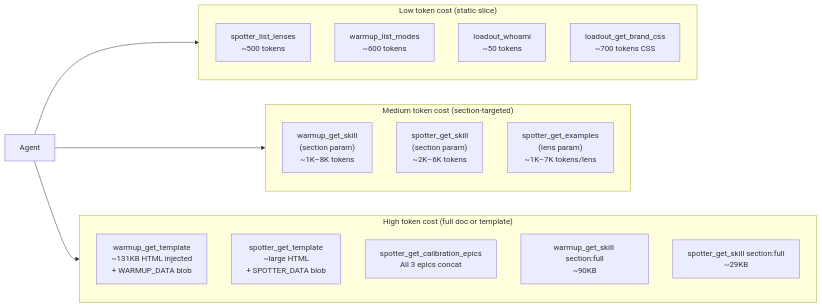
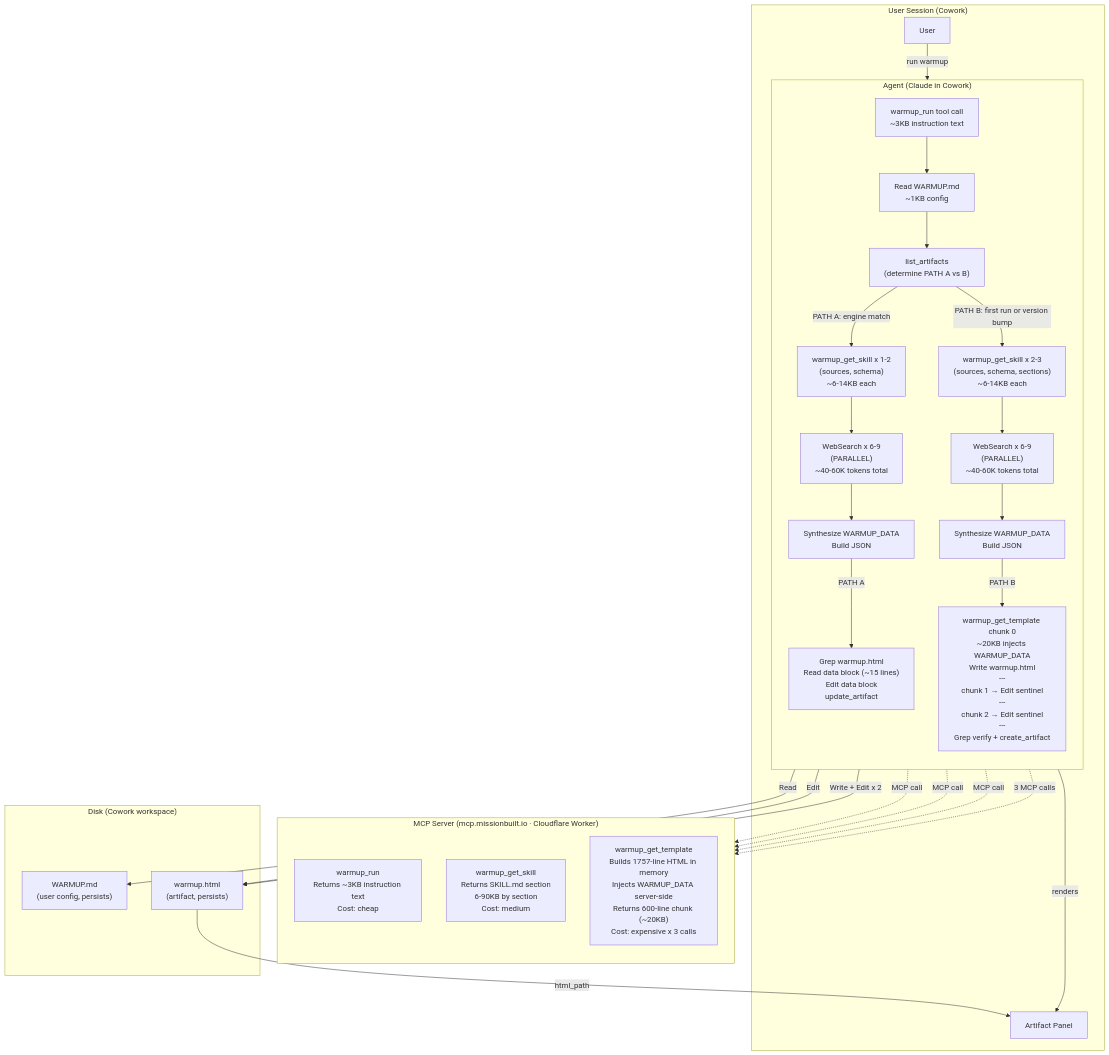
One commit to missionbuilt/loadout changed the diagram in ARCH.md. Above: the diagram before and after it, drawn with Mermaid. The commit also changed other lines of this file and 7 other files, not shown here.

Commit message:
warmup v0.7.2 — fix blank artifact, add error banner, inline schema, 2-chunk PATH B

````diff
--- a/ARCH.md
+++ b/ARCH.md
@@ -75,27 +6,44 @@
 ```mermaid
-flowchart LR
-    subgraph Cheap["Low token cost (static slice)"]
-        LS["spotter_list_lenses\n~500 tokens"]
-        LM["warmup_list_modes\n~600 tokens"]
-        WI["loadout_whoami\n~50 tokens"]
-        BC["loadout_get_brand_css\n~700 tokens CSS"]
+flowchart TD
+    subgraph User["User Session (Cowork)"]
+        U[User] -->|"run warmup"| Agent
+        Agent -->|renders| ArtifactPanel["Artifact Panel"]
     end
 
-    subgraph Medium["Medium token cost (section-targeted)"]
-        WGS["warmup_get_skill\n(section param)\n~1K–8K tokens"]
-        SGS["spotter_get_skill\n(section param)\n~2K–6K tokens"]
-        SGE["spotter_get_examples\n(lens param)\n~1K–7K tokens/lens"]
+    subgraph Agent["Agent (Claude in Cowork)"]
+        direction TB
+        WR["warmup_run tool call\n~3KB instruction text"] --> Setup["Read WARMUP.md\n~1KB config"]
+        Setup --> ListA["list_artifacts\n(determine PATH A vs B)"]
+        ListA -->|"PATH A: engine match"| SkillCalls_A["warmup_get_skill x 1-2\n(sources, schema)\n~6-14KB each"]
+        ListA -->|"PATH B: first run or version bump"| SkillCalls_B["warmup_get_skill x 2-3\n(sources, schema, sections)\n~6-14KB each"]
+        SkillCalls_A --> WebSearch_A["WebSearch x 6-9\n(PARALLEL)\n~40-60K tokens total"]
+        SkillCalls_B --> WebSearch_B["WebSearch x 6-9\n(PARALLEL)\n~40-60K tokens total"]
+        WebSearch_A --> Synth_A["Synthesize WARMUP_DATA\nBuild JSON"]
+        WebSearch_B --> Synth_B["Synthesize WARMUP_DATA\nBuild JSON"]
+
+        Synth_A -->|"PATH A"| PathA["Grep warmup.html\nRead data block (~15 lines)\nEdit data block\nupdate_artifact"]
+        Synth_B -->|"PATH B"| PathB["warmup_get_template chunk 0\n~20KB injects WARMUP_DATA\nWrite warmup.html\n---\nchunk 1 → Edit sentinel\n---\nchunk 2 → Edit sentinel\n---\nGrep verify + create_artifact"]
     end
 
-    subgraph Expensive["High token cost (full doc or template)"]
-        WGT["warmup_get_template\n~131KB HTML injected\n+ WARMUP_DATA blob"]
-        SGT["spotter_get_template\n~large HTML\n+ SPOTTER_DATA blob"]
-        SCC["spotter_get_calibration_epics\nAll 3 epics concat"]
-        WGF["warmup_get_skill section:full\n~90KB"]
-        SGF["spotter_get_skill section:full\n~29KB"]
+    subgraph MCP["MCP Server (mcp.missionbuilt.io · Cloudflare Worker)"]
+        direction TB
+        WarmupRun["warmup_run\nReturns ~3KB instruction text\nCost: cheap"]
+        WarmupSkill["warmup_get_skill\nReturns SKILL.md section\n6-90KB by section\nCost: medium"]
+        WarmupTemplate["warmup_get_template\nBuilds 1757-line HTML in memory\nInjects WARMUP_DATA server-side\nReturns 600-line chunk (~20KB)\nCost: expensive x 3 calls"]
     end
 
-    Agent --> Cheap
-    Agent --> Medium
-    Agent --> Expensive
+    subgraph Storage["Disk (Cowork workspace)"]
+        WARMUP_MD["WARMUP.md\n(user config, persists)"]
+        WARMUP_HTML["warmup.html\n(artifact, persists)"]
+    end
+
+    WR -.->|"MCP call"| WarmupRun
+    SkillCalls_A -.->|"MCP call"| WarmupSkill
+    SkillCalls_B -.->|"MCP call"| WarmupSkill
+    PathB -.->|"3 MCP calls"| WarmupTemplate
+
+    Setup -->|"Read"| WARMUP_MD
+    PathA -->|"Edit"| WARMUP_HTML
+    PathB -->|"Write + Edit x 2"| WARMUP_HTML
+    WARMUP_HTML -->|"html_path"| ArtifactPanel
 ```
````
